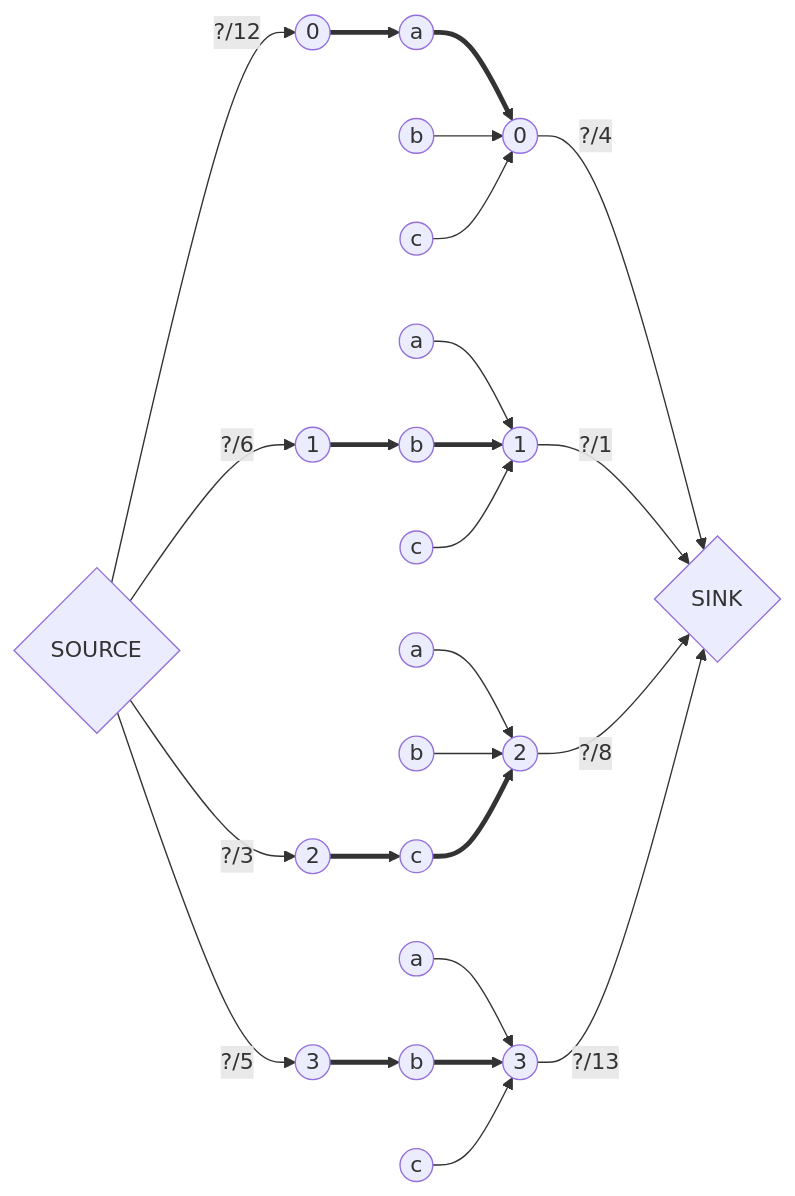
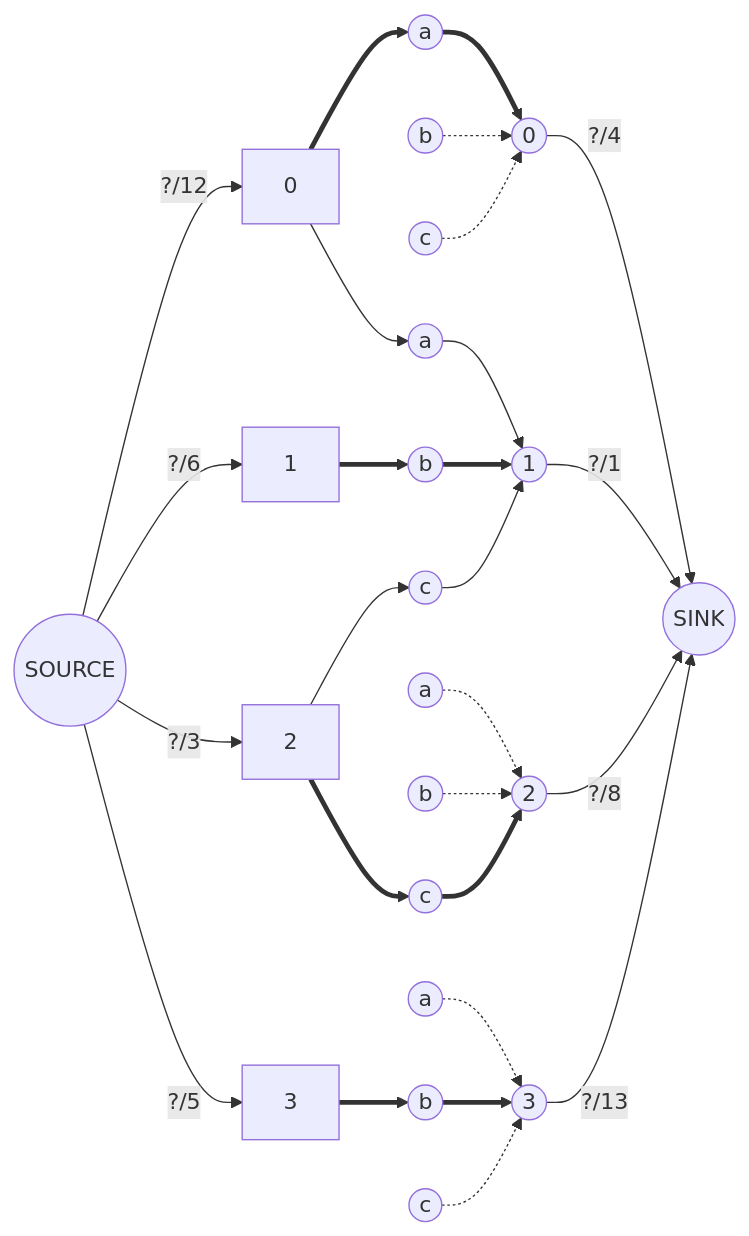
One commit to bfeitknecht/vault changed the second of 2 diagrams in vault/sem2/AuW/UE/cx/bf/cx09-bf.md. Above: the diagram before and after it, drawn with Mermaid.

Commit message:
vault backup: 2024-05-18 21:33:37 from MacBook Pro (echo)
Affected files:
vault/sem2/AuW/UE/cx/bf/cx09-bf.md

````diff
--- a/vault/sem2/AuW/UE/cx/bf/cx09-bf.md
+++ b/vault/sem2/AuW/UE/cx/bf/cx09-bf.md
@@ -22,68 +22,68 @@
 ```mermaid
 flowchart LR
 
-idF{"SOURCE"}
-idT{"SINK"}
+idF(("SOURCE"))
+idT(("SINK"))
 
-idf0((0))
-idf1((1))
-idf2((2))
-idf3((3))
+idf0[0]
+idf1[1]
+idf2[2]
+idf3[3]
 
 id0a((a))
 id0b((b))
 id0c((c))
 
 id1a((a))
 id1b((b))
 id1c((c))
 
 id2a((a))
 id2b((b))
 id2c((c))
 
 id3a((a))
 id3b((b))
 id3c((c))
 
 idt0((0))
 idt1((1))
 idt2((2))
 idt3((3))
 
 %%%%%%%%%%%%%%%%%%%%%%%%%%%%%%%%%%%%%%%%%%%%
 
 idF -->|"?/12"| idf0 
 idF -->|"?/6"| idf1
 idF -->|"?/3"| idf2
 idF -->|"?/5"| idf3
 
 idt0 -->|"?/4"| idT 
 idt1 -->|"?/1"| idT
 idt2 -->|"?/8"| idT
 idt3 -->|"?/13"| idT
 
 
 idf0 ==> id0a ==> idt0
-id0b --> idt0
-id0c --> idt0
+id0b -.-> idt0
+id0c -.-> idt0
 
-id1a --> idt1
+idf0 --> id1a --> idt1
 idf1 ==> id1b ==> idt1
-id1c --> idt1
+idf2 --> id1c --> idt1
 
-id2a --> idt2
-id2b --> idt2
+id2a -.-> idt2
+id2b -.-> idt2
 idf2 ==> id2c ==> idt2
 
-id3a --> idt3
+id3a -.-> idt3
 idf3 ==> id3b ==> idt3
-id3c --> idt3
+id3c -.-> idt3
 
 
 
 %%idf0 --> id1a
 %%idf1 --> id2b
 %%idf2 --> id1c
 %%idf3 --> id3a
 ```
````
